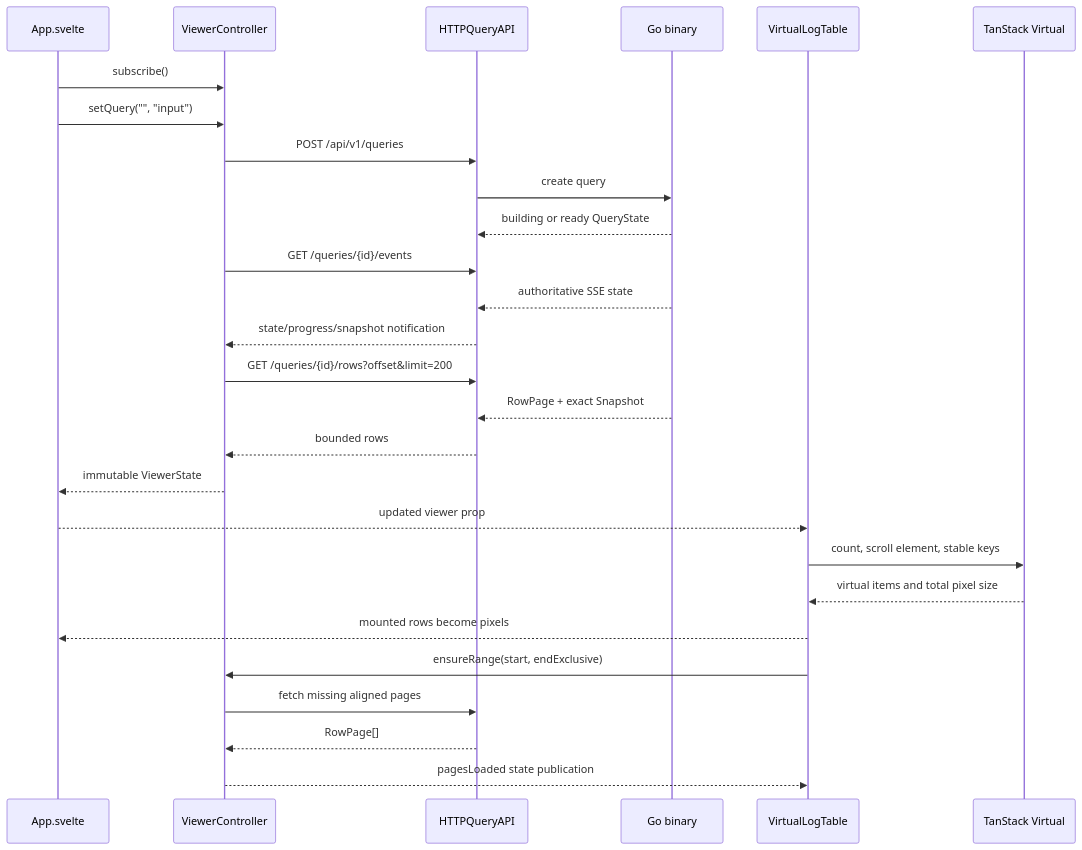
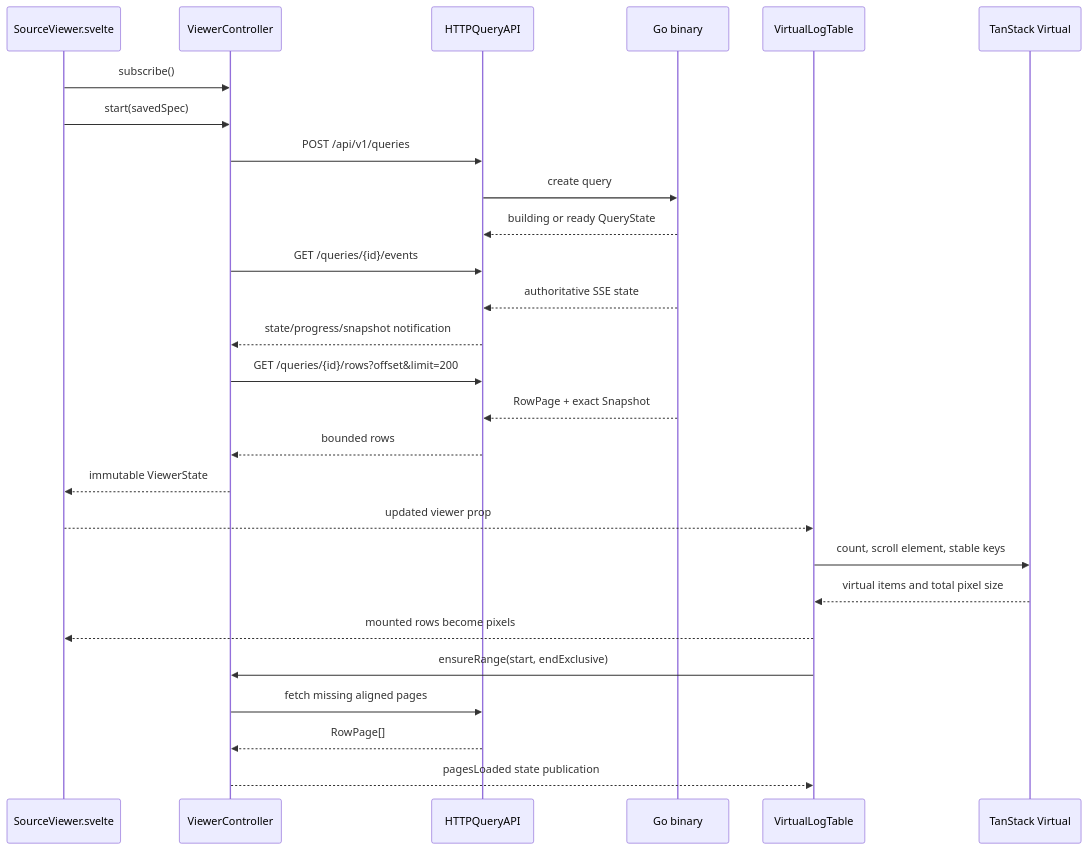
One commit to jpetroff/streamline changed the third of 4 diagrams in .memory/frontend.md. Above: the diagram before and after it, drawn with Mermaid. The commit also changed other lines of this file and 36 other files, not shown here.

````diff
--- a/.memory/frontend.md
+++ b/.memory/frontend.md
@@ -293,31 +298,31 @@
 ```mermaid
 sequenceDiagram
-  participant App as App.svelte
+  participant App as SourceViewer.svelte
   participant VC as ViewerController
   participant API as HTTPQueryAPI
   participant Go as Go binary
   participant VT as VirtualLogTable
   participant TV as TanStack Virtual
 
   App->>VC: subscribe()
-  App->>VC: setQuery("", "input")
+  App->>VC: start(savedSpec)
   VC->>API: POST /api/v1/queries
   API->>Go: create query
   Go-->>API: building or ready QueryState
   VC->>API: GET /queries/{id}/events
   Go-->>API: authoritative SSE state
   API-->>VC: state/progress/snapshot notification
   VC->>API: GET /queries/{id}/rows?offset&limit=200
   Go-->>API: RowPage + exact Snapshot
   API-->>VC: bounded rows
   VC-->>App: immutable ViewerState
   App-->>VT: updated viewer prop
   VT->>TV: count, scroll element, stable keys
   TV-->>VT: virtual items and total pixel size
   VT-->>App: mounted rows become pixels
 
   VT->>VC: ensureRange(start, endExclusive)
   VC->>API: fetch missing aligned pages
   API-->>VC: RowPage[]
   VC-->>VT: pagesLoaded state publication
 ```
````
